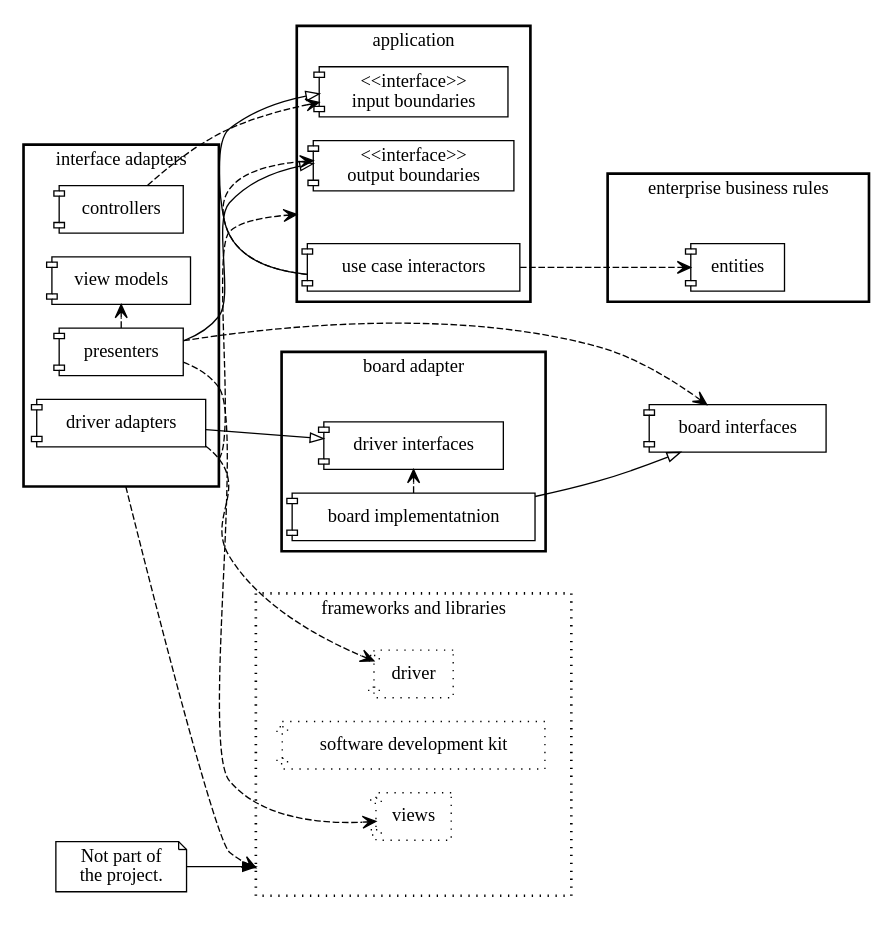
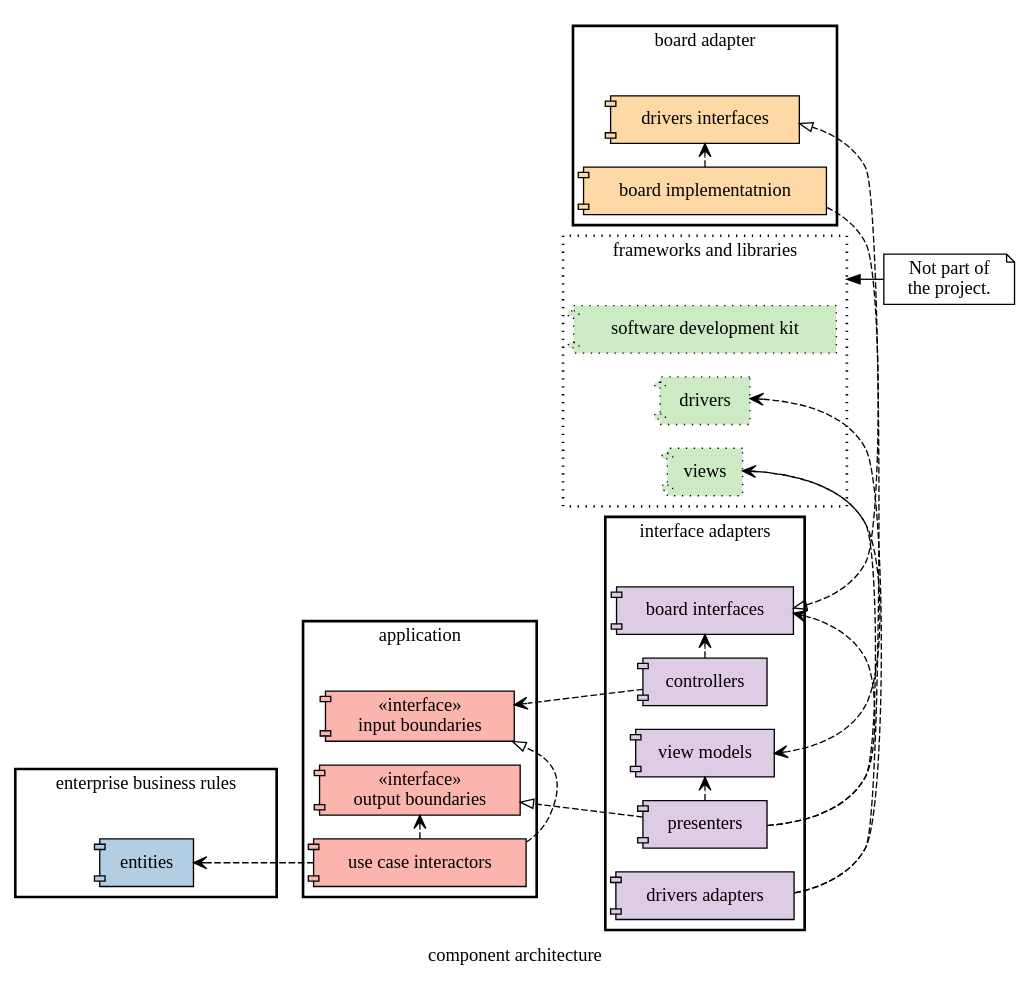
One commit to Task-Tracker-Systems/Task-Tracker-Device changed the diagram in doc/layers.dot. Above: the diagram before and after it, drawn with Graphviz.

Commit message:
Refactor component diagram.

```diff
--- a/doc/layers.dot
+++ b/doc/layers.dot
@@ -1,100 +1,123 @@
-digraph G {
+digraph component_architecture {
+  label="component architecture";
   compound=true;
-  node [shape="component"]
-  newrank=true;
-  rankdir="LR";
   concentrate=true;
+  rankdir="RL";
+  newrank="true";
   
+  node [shape="component"];
+  node [colorscheme="pastel15"];
   
-  subgraph cluster_ebr {
-      label = "enterprise business rules";
-      rank="same";
-      style="bold";
-      ebr [shape=point style=invis];
-      
-      entities;
-  }
+    {
+        // package 'application'
+        node [fillcolor="1", style="filled"];
+        
+        subgraph cluster_app {
+            label = "application";
+            rank="same";
+            style="bold";
+            application [shape=point style=invis];
+        
+            output_boundaries [label="«interface»\n output boundaries"]
+            use_cases [label="use case interactors"]
+            input_boundaries [label="«interface»\n input boundaries"]
+        }
+    }
+    
+    {
+        // package 'enterprise business rules'
+        node [fillcolor="2", style="filled"];
+        
+        subgraph cluster_ebr {
+            label = "enterprise business rules";
+            rank="same";
+            style="bold";
+            enterprise_business_rules [shape=point style=invis];
+            
+            entities;
+        }
+    }
   
-  subgraph cluster_app {
-      label = "application";
-      rank="same";
-      style="bold";
-      app [shape=point style=invis];
-      
-      ob [label="<<interface>>\n output boundaries"]
-      uc [label="use case interactors"]
-      ib [label="<<interface>>\n input boundaries"]
-  }
+    {
+        // package 'frameworks and libraries'
+        node [fillcolor="3", style="filled, dotted"];
+        
+        subgraph cluster_thirdparty {
+            label = "frameworks and libraries";
+            rank="same";
+            style="bold,dotted";
+            thirdparty[shape=point style=invis];
+           
+        sdk [label="software development kit"]
+        drivers [label="drivers"];
+        views;
+        }
+    }
   
+    {
+        // package 'interface adapters'
+        node [fillcolor="4", style="filled"];
+        
+        subgraph cluster_ia {
+            label = "interface adapters";
+            rank="same";
+            style="bold";
+            interface_adapters [shape=point style=invis];
+        
+            controllers, presenters;
+            view_models [label="view models"];
+            drivers_adapters [label="drivers adapters"];
+            board_interfaces [label="board interfaces"];
+        };
+    }
   
-   subgraph clusterX_margin
-   {
-     style=invis
-     margin=20.0
+    {
+        // package 'board adapter'
+        node [fillcolor="5", style="filled"];
+        
+        subgraph cluster_board {
+            label = "board adapter";
+            rank="same";
+            style="bold";
+            board [shape=point style=invis];
+        
+            driver_interface [label="drivers interfaces"]
+            board_impl [label="board implementatnion"]
+        }
+    }
+
+    n1 [label="Not part of\nthe project.", shape="note"]
+    n1 -> thirdparty [lhead="cluster_thirdparty"];
   
-  subgraph cluster_thirdparty {
-      label = "frameworks and libraries";
-      rank="same";
-      node [style="dotted"];
-      style="bold,dotted";
-      thirdparty[shape=point style=invis];
-      
-      sdk [label="software development kit"]
-      driver;
-      views;
-  }
-   }
-  
-  subgraph cluster_ia {
-      label = "interface adapters";
-      rank="same";
-      style="bold";
-      ia [shape=point style=invis];
-      
-      controllers, presenters;
-      view_models [label="view models"];
-      da [label="driver adapters"]
-  };
-      bi [label="board interfaces"]
-  
-  subgraph cluster_board {
-      label = "board adapter";
-      rank="same";
-      style="bold";
-      driver_interface [label="driver interfaces"]
-      board [shape=point style=invis];
-      board_impl [label="board implementatnion"]
-      
-  }
-  
-  n1 [label="Not part of\nthe project.", shape="note"]
-  n1 -> thirdparty [lhead="cluster_thirdparty"];
-  
-  { 
-      rank=same; 
-      // ia, thirdparty;
-  }
-  
-  {
-      edge [arrowhead=onormal];
-      board_impl -> bi;
-      uc -> ib;
-      presenters -> ob;
-      da -> driver_interface;
-  }
-  
-  {
-      // dependencies
-      edge [style="dashed", arrowhead="vee"];
-      ia -> thirdparty [ltail="cluster_ia", lhead="cluster_thirdparty"];
-      uc -> entities;
-      ia -> app [ltail=cluster_ia, lhead=cluster_app];
-      controllers -> ib;
-      uc -> ob;
-      da -> driver;
-      presenters -> views;
-      presenters -> view_models;
-      presenters -> bi;
-      board_impl -> driver_interface;
-  } 
+    {
+        // associations
+        edge [style="dashed"];
+        {
+            // dependencies
+            edge [arrowhead="vee"];
+            use_cases -> entities [constraint="true"];
+            use_cases -> output_boundaries;
+            presenters -> board_interfaces;
+            presenters -> view_models;
+            presenters -> views;
+            controllers -> input_boundaries;
+            controllers -> board_interfaces;
+            board_impl -> driver_interface;
+            views -> view_models;
+            drivers_adapters -> drivers;
+        }
+        {
+            // realizations
+            edge [arrowhead="onormal"];
+            use_cases -> input_boundaries;
+            presenters -> output_boundaries;
+            board_impl -> board_interfaces;
+            drivers_adapters -> driver_interface;
+        }
+    }
+    {
+        rank="same";
+        interface_adapters, thirdparty, board;
+    }
+    
 }
```
